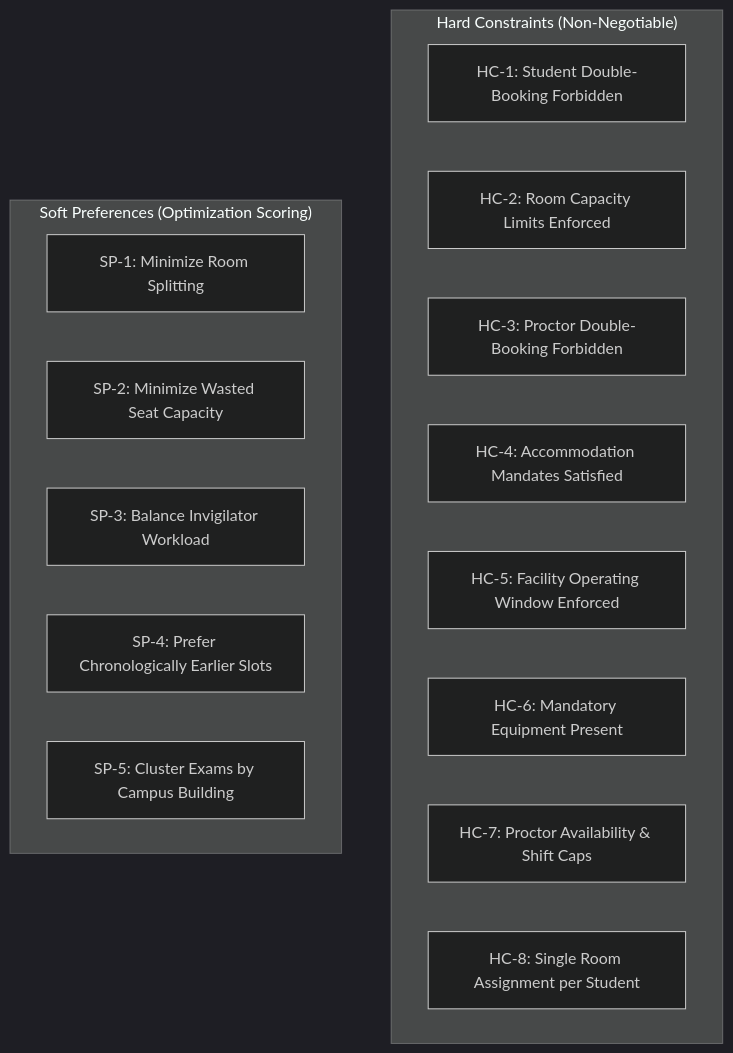
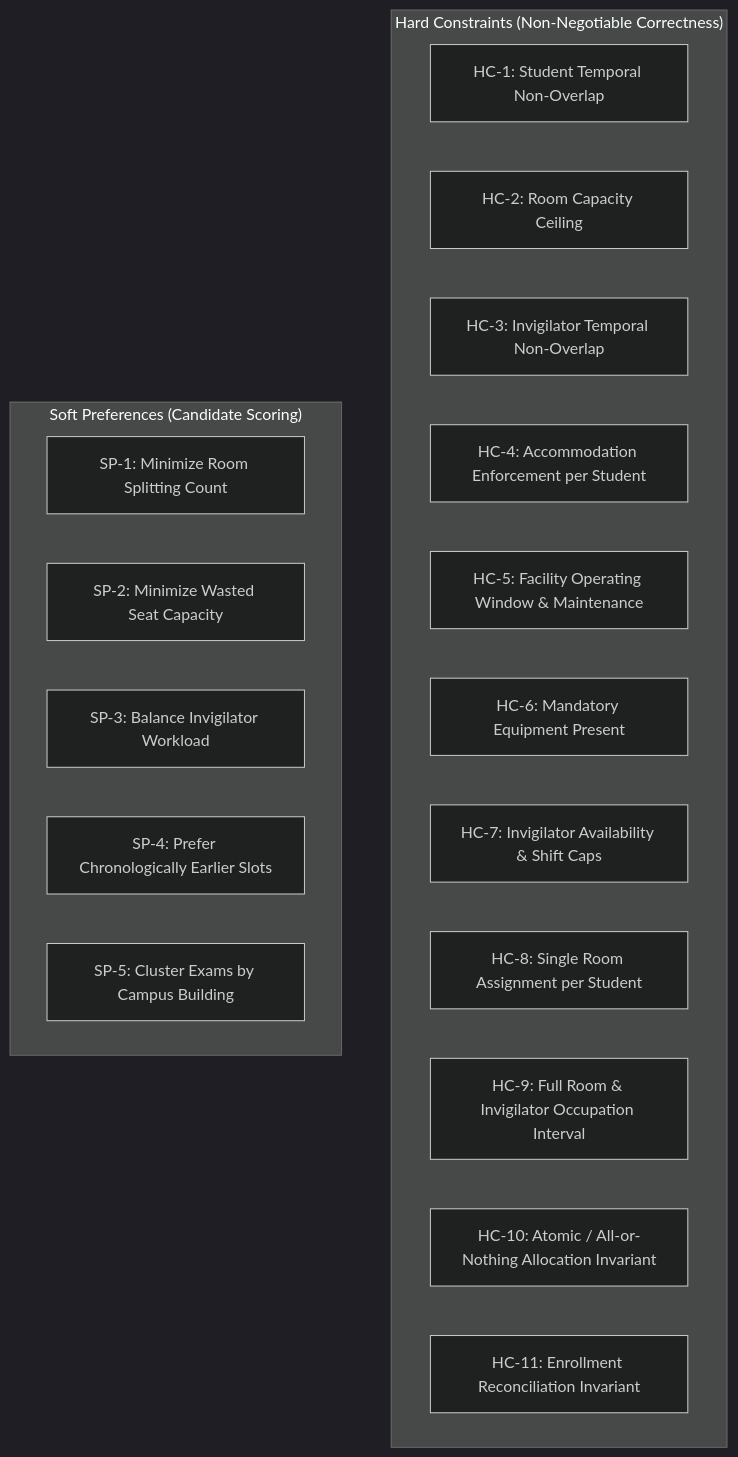
One commit to bogavivek15/ExamOps changed the first of 2 diagrams in docs/business_rules.md. Above: the diagram before and after it, drawn with Mermaid (dark theme). The commit also changed other lines of this file and 25 other files, not shown here.

Commit message:
feat(phase-0): finalize architecture contracts, reconcile 26 entities, and establish autopilot memory

````diff
--- a/docs/business_rules.md
+++ b/docs/business_rules.md
@@ -69,20 +76,23 @@
 ```mermaid
 graph TD
-    subgraph HardConstraints["Hard Constraints (Non-Negotiable)"]
-        HC1["HC-1: Student Double-Booking Forbidden"]
-        HC2["HC-2: Room Capacity Limits Enforced"]
-        HC3["HC-3: Proctor Double-Booking Forbidden"]
-        HC4["HC-4: Accommodation Mandates Satisfied"]
-        HC5["HC-5: Facility Operating Window Enforced"]
+    subgraph HardConstraints["Hard Constraints (Non-Negotiable Correctness)"]
+        HC1["HC-1: Student Temporal Non-Overlap"]
+        HC2["HC-2: Room Capacity Ceiling"]
+        HC3["HC-3: Invigilator Temporal Non-Overlap"]
+        HC4["HC-4: Accommodation Enforcement per Student"]
+        HC5["HC-5: Facility Operating Window & Maintenance"]
         HC6["HC-6: Mandatory Equipment Present"]
-        HC7["HC-7: Proctor Availability & Shift Caps"]
+        HC7["HC-7: Invigilator Availability & Shift Caps"]
         HC8["HC-8: Single Room Assignment per Student"]
+        HC9["HC-9: Full Room & Invigilator Occupation Interval"]
+        HC10["HC-10: Atomic / All-or-Nothing Allocation Invariant"]
+        HC11["HC-11: Enrollment Reconciliation Invariant"]
     end
-    subgraph SoftPreferences["Soft Preferences (Optimization Scoring)"]
-        SP1["SP-1: Minimize Room Splitting"]
+    subgraph SoftPreferences["Soft Preferences (Candidate Scoring)"]
+        SP1["SP-1: Minimize Room Splitting Count"]
         SP2["SP-2: Minimize Wasted Seat Capacity"]
         SP3["SP-3: Balance Invigilator Workload"]
         SP4["SP-4: Prefer Chronologically Earlier Slots"]
         SP5["SP-5: Cluster Exams by Campus Building"]
     end
 ```
````
